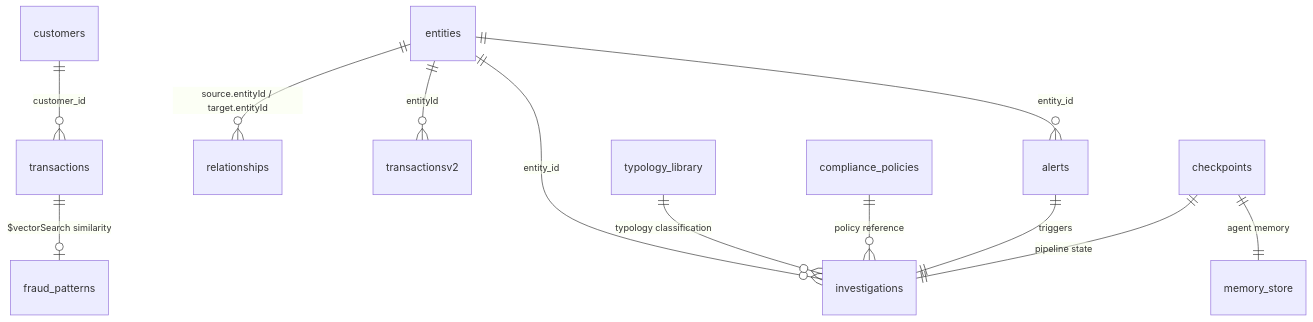
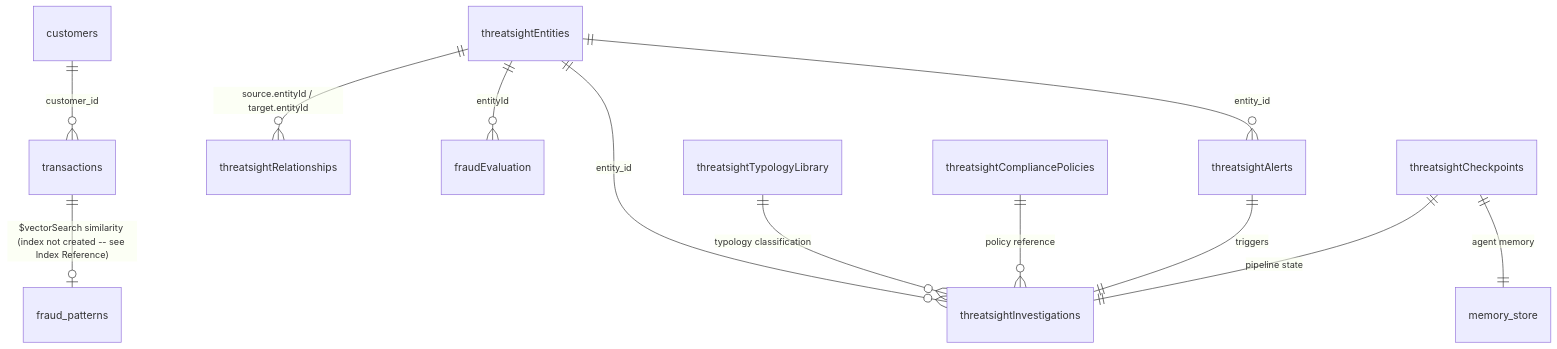
One commit to mongodb-industry-solutions/fsi-aml-fraud-detection changed the second of 2 diagrams in docs/DATA_MODEL.md. Above: the diagram before and after it, drawn with Mermaid. The commit also changed other lines of this file and 1 other file, not shown here.

````diff
--- a/docs/DATA_MODEL.md
+++ b/docs/DATA_MODEL.md
@@ -402,18 +413,18 @@
 ```mermaid
 erDiagram
     customers ||--o{ transactions : "customer_id"
-    transactions ||--o| fraud_patterns : "$vectorSearch similarity"
+    transactions ||--o| fraud_patterns : "$vectorSearch similarity (index not created -- see Index Reference)"
 
-    entities ||--o{ relationships : "source.entityId / target.entityId"
-    entities ||--o{ transactionsv2 : "entityId"
-    entities ||--o{ alerts : "entity_id"
-    entities ||--o{ investigations : "entity_id"
+    threatsightEntities ||--o{ threatsightRelationships : "source.entityId / target.entityId"
+    threatsightEntities ||--o{ fraudEvaluation : "entityId"
+    threatsightEntities ||--o{ threatsightAlerts : "entity_id"
+    threatsightEntities ||--o{ threatsightInvestigations : "entity_id"
 
-    typology_library ||--o{ investigations : "typology classification"
-    compliance_policies ||--o{ investigations : "policy reference"
+    threatsightTypologyLibrary ||--o{ threatsightInvestigations : "typology classification"
+    threatsightCompliancePolicies ||--o{ threatsightInvestigations : "policy reference"
 
-    alerts ||--|| investigations : "triggers"
+    threatsightAlerts ||--|| threatsightInvestigations : "triggers"
 
-    checkpoints ||--|| investigations : "pipeline state"
-    checkpoints ||--|| memory_store : "agent memory"
+    threatsightCheckpoints ||--|| threatsightInvestigations : "pipeline state"
+    threatsightCheckpoints ||--|| memory_store : "agent memory"
 ```
````
